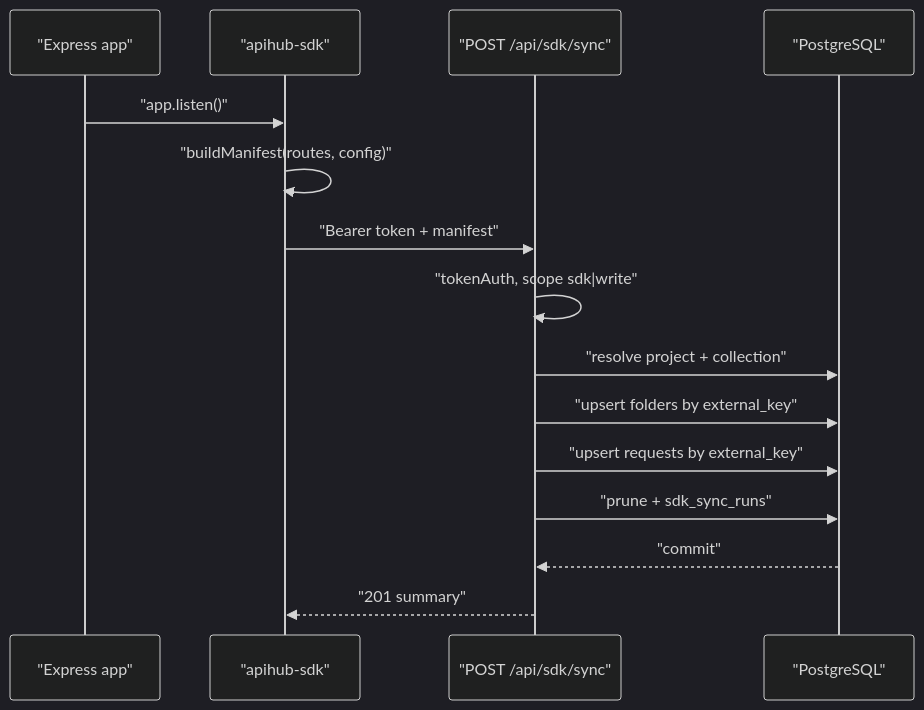
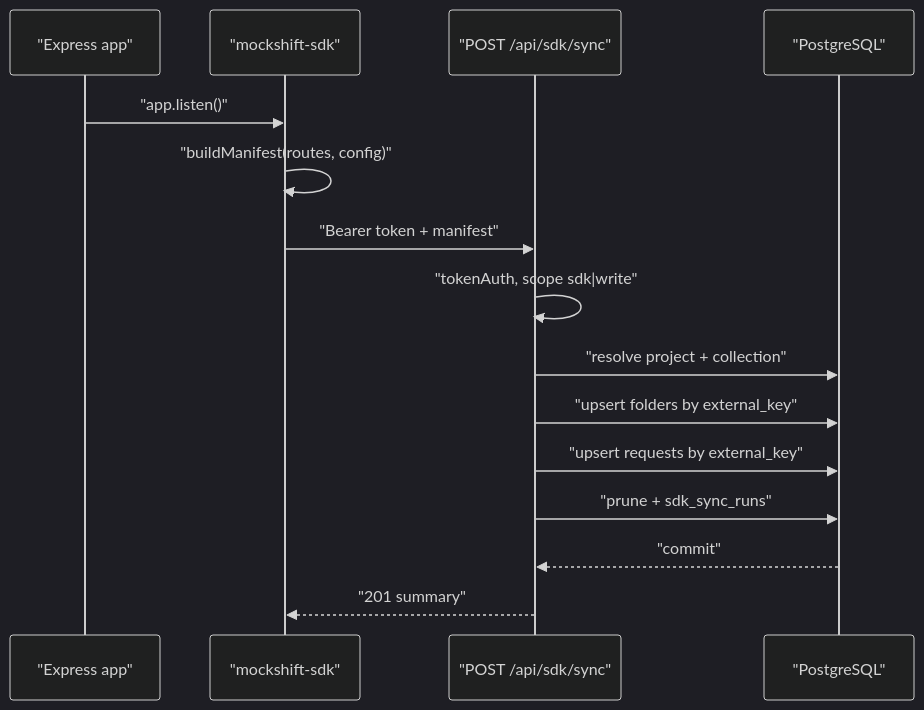
One commit to Ranjithramesh67/MockShift changed the diagram in docs/SDK.md. Above: the diagram before and after it, drawn with Mermaid (dark theme). The commit also changed other lines of this file and 152 other files, not shown here.

First line of the commit message:
feat(sdk): capture/inference SDK + portal config, rename API Hub to Mockshift

````diff
--- a/docs/SDK.md
+++ b/docs/SDK.md
@@ -282,17 +347,17 @@
 ```mermaid
 sequenceDiagram
     participant App as "Express app"
-    participant Hub as "apihub-sdk"
+    participant Hub as "mockshift-sdk"
     participant API as "POST /api/sdk/sync"
     participant DB as "PostgreSQL"
     App->>Hub: "app.listen()"
     Hub->>Hub: "buildManifest(routes, config)"
     Hub->>API: "Bearer token + manifest"
     API->>API: "tokenAuth, scope sdk|write"
     API->>DB: "resolve project + collection"
     API->>DB: "upsert folders by external_key"
     API->>DB: "upsert requests by external_key"
     API->>DB: "prune + sdk_sync_runs"
     DB-->>API: "commit"
     API-->>Hub: "201 summary"
 ```
````
